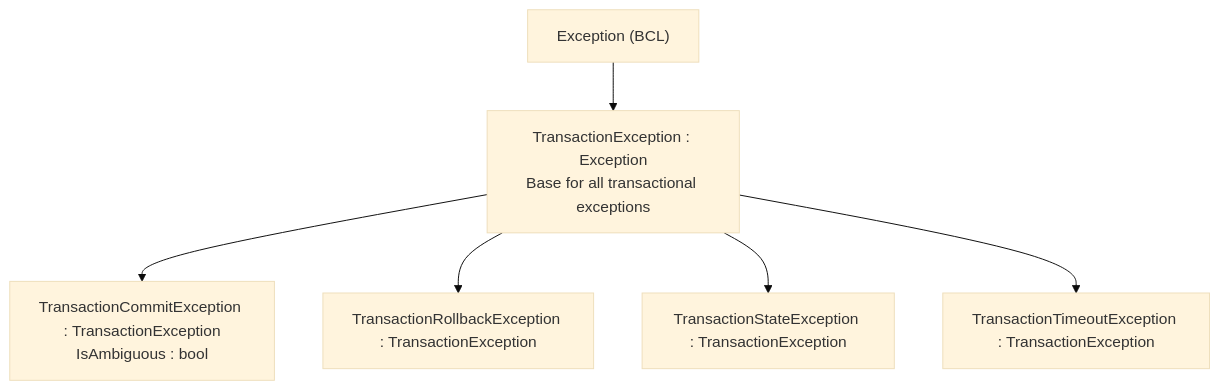
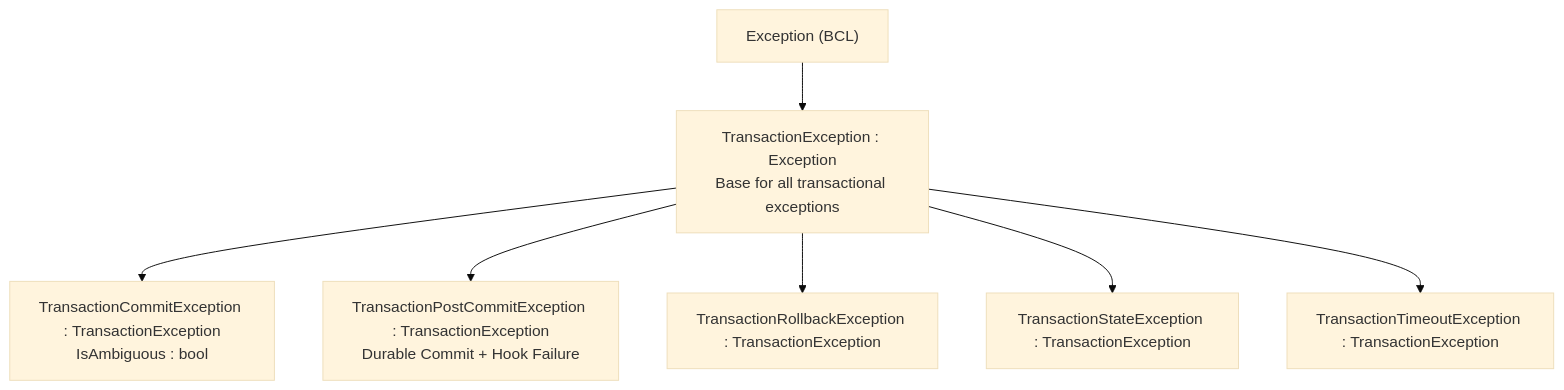
The diagram in docs/public-api.md (ericksonlopezf/dotnet-transaction), drawn with Mermaid (base theme) before and after one commit. The commit also changed other lines of this file and 181 other files, not shown here.

````diff
--- a/docs/public-api.md
+++ b/docs/public-api.md
@@ -206,15 +228,17 @@
 ```mermaid
 graph TD
     Ex["Exception (BCL)"]
     TEx["TransactionException : Exception\nBase for all transactional exceptions"]
     TCEx["TransactionCommitException : TransactionException\nIsAmbiguous : bool"]
+    TPCEx["TransactionPostCommitException : TransactionException\nDurable Commit + Hook Failure"]
     TREx["TransactionRollbackException : TransactionException"]
     TSEx["TransactionStateException : TransactionException"]
     TTEx["TransactionTimeoutException : TransactionException"]
 
     Ex --> TEx
     TEx --> TCEx
+    TEx --> TPCEx
     TEx --> TREx
     TEx --> TSEx
     TEx --> TTEx
 ```
````
